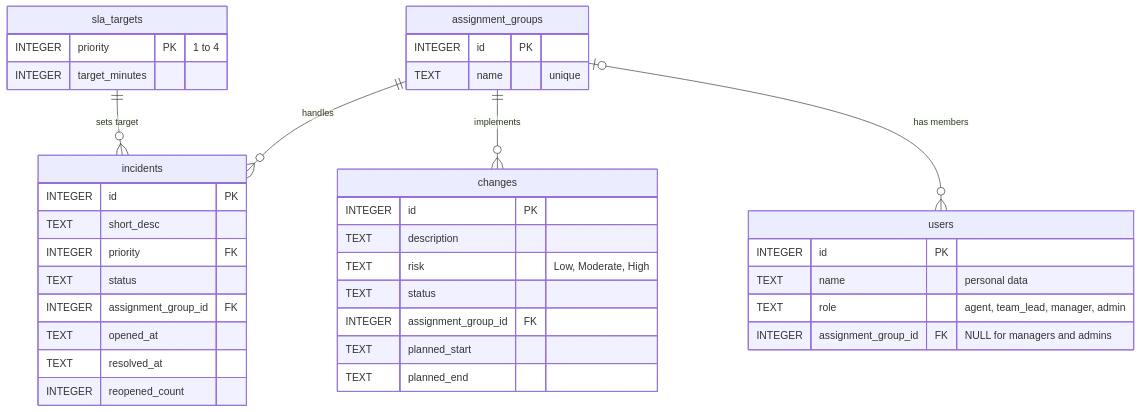
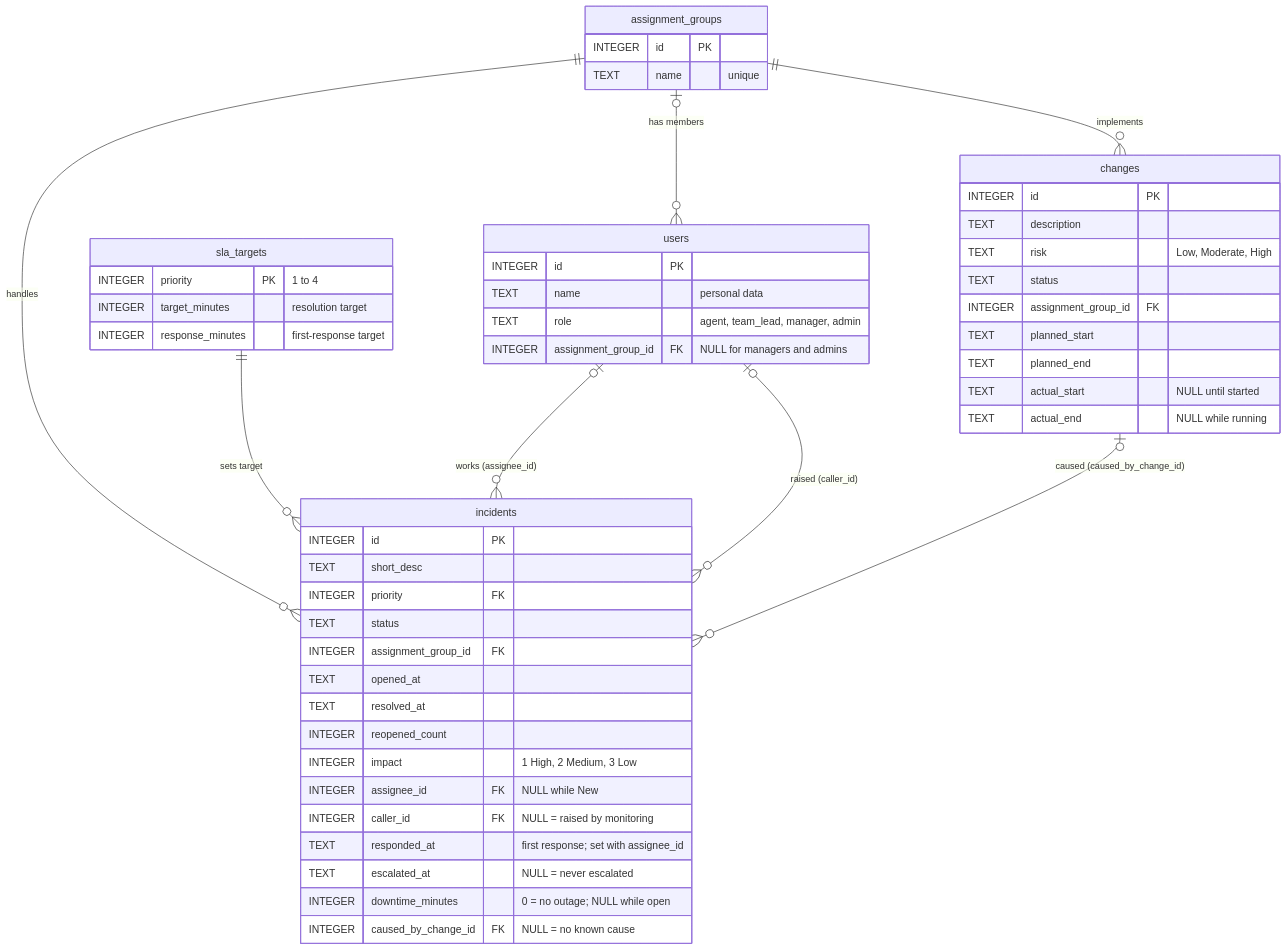
Before and after one commit to Mital-Bhalani/itsm-nl2sql-platform: the diagram in End-to-End/03-Data-Layer.md, drawn with Mermaid. The commit also changed other lines of this file and 25 other files, not shown here.

````diff
--- a/End-to-End/03-Data-Layer.md
+++ b/End-to-End/03-Data-Layer.md
@@ -13,41 +13,54 @@
 ```mermaid
 erDiagram
     assignment_groups ||--o{ incidents : "handles"
     assignment_groups ||--o{ changes : "implements"
     assignment_groups |o--o{ users : "has members"
     sla_targets ||--o{ incidents : "sets target"
+    users |o--o{ incidents : "works (assignee_id)"
+    users |o--o{ incidents : "raised (caller_id)"
+    changes |o--o{ incidents : "caused (caused_by_change_id)"
 
     assignment_groups {
         INTEGER id PK
         TEXT name "unique"
     }
     users {
         INTEGER id PK
         TEXT name "personal data"
         TEXT role "agent, team_lead, manager, admin"
         INTEGER assignment_group_id FK "NULL for managers and admins"
     }
     sla_targets {
         INTEGER priority PK "1 to 4"
-        INTEGER target_minutes
+        INTEGER target_minutes "resolution target"
+        INTEGER response_minutes "first-response target"
     }
     incidents {
         INTEGER id PK
         TEXT short_desc
         INTEGER priority FK
         TEXT status
         INTEGER assignment_group_id FK
         TEXT opened_at
         TEXT resolved_at
         INTEGER reopened_count
+        INTEGER impact "1 High, 2 Medium, 3 Low"
+        INTEGER assignee_id FK "NULL while New"
+        INTEGER caller_id FK "NULL = raised by monitoring"
+        TEXT responded_at "first response; set with assignee_id"
+        TEXT escalated_at "NULL = never escalated"
+        INTEGER downtime_minutes "0 = no outage; NULL while open"
+        INTEGER caused_by_change_id FK "NULL = no known cause"
     }
     changes {
         INTEGER id PK
         TEXT description
         TEXT risk "Low, Moderate, High"
         TEXT status
         INTEGER assignment_group_id FK
         TEXT planned_start
         TEXT planned_end
+        TEXT actual_start "NULL until started"
+        TEXT actual_end "NULL while running"
     }
 ```
````
